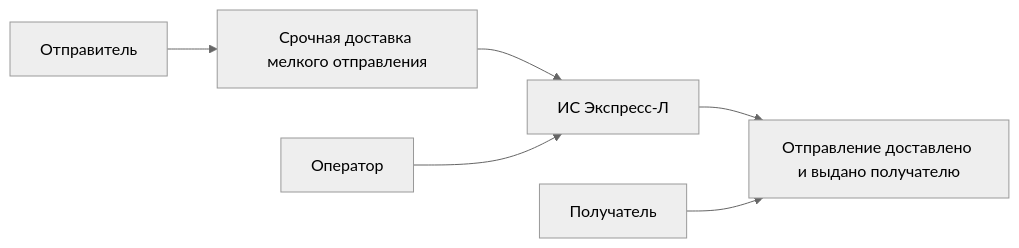
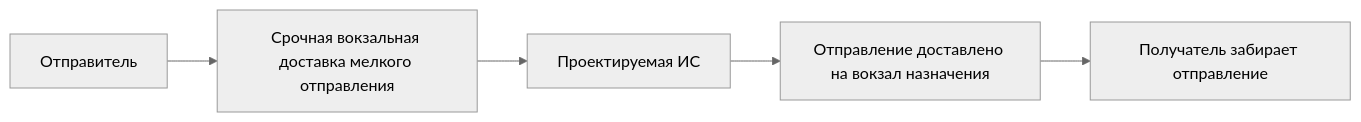
The diagram in 01-описание-системы.md (W1zzK1/Plan-dissertation), drawn with Mermaid (neutral theme) before and after one commit. The commit also changed other lines of this file and 19 other files, not shown here.

````diff
--- a/01-описание-системы.md
+++ b/01-описание-системы.md
@@ -64,8 +70,7 @@
 ```mermaid
 flowchart LR
-    Sender[Отправитель] --> Need[Срочная доставка мелкого отправления]
-    Need --> System[ИС Экспресс-Л]
-    System --> Result[Отправление доставлено и выдано получателю]
-    Operator[Оператор] --> System
-    Recipient[Получатель] --> Result
+    Sender[Отправитель] --> Need[Срочная вокзальная доставка мелкого отправления]
+    Need --> System[Проектируемая ИС]
+    System --> Result[Отправление доставлено на вокзал назначения]
+    Result --> Recipient[Получатель забирает отправление]
 ```
````
